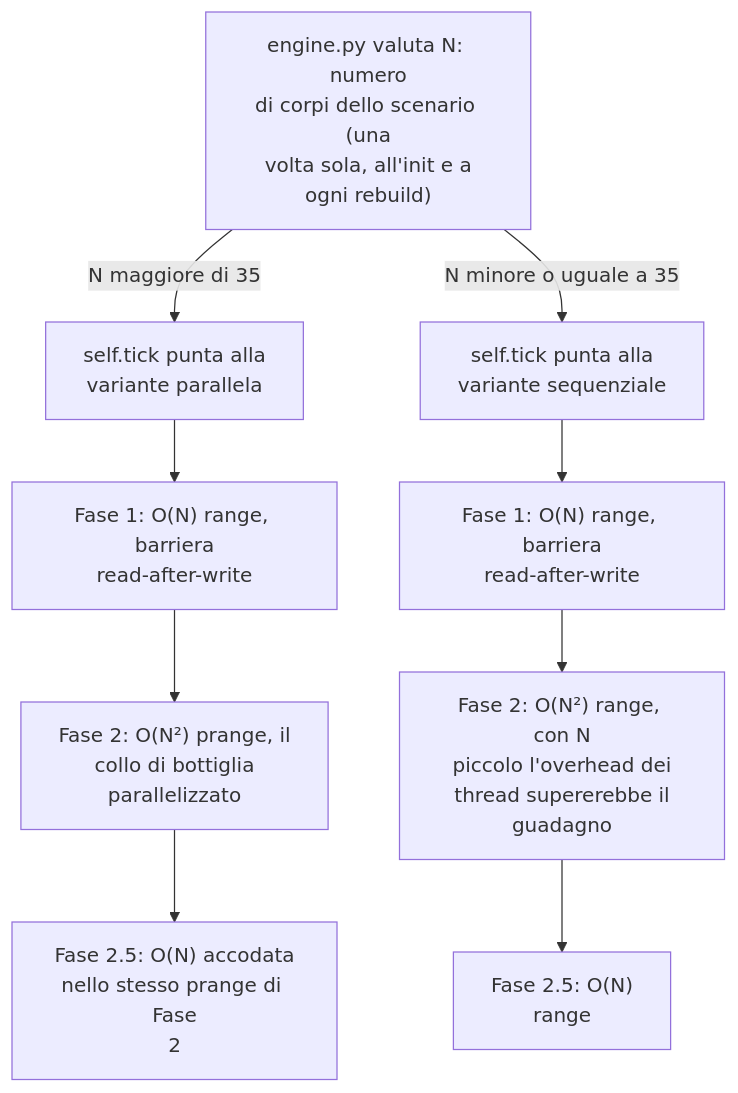
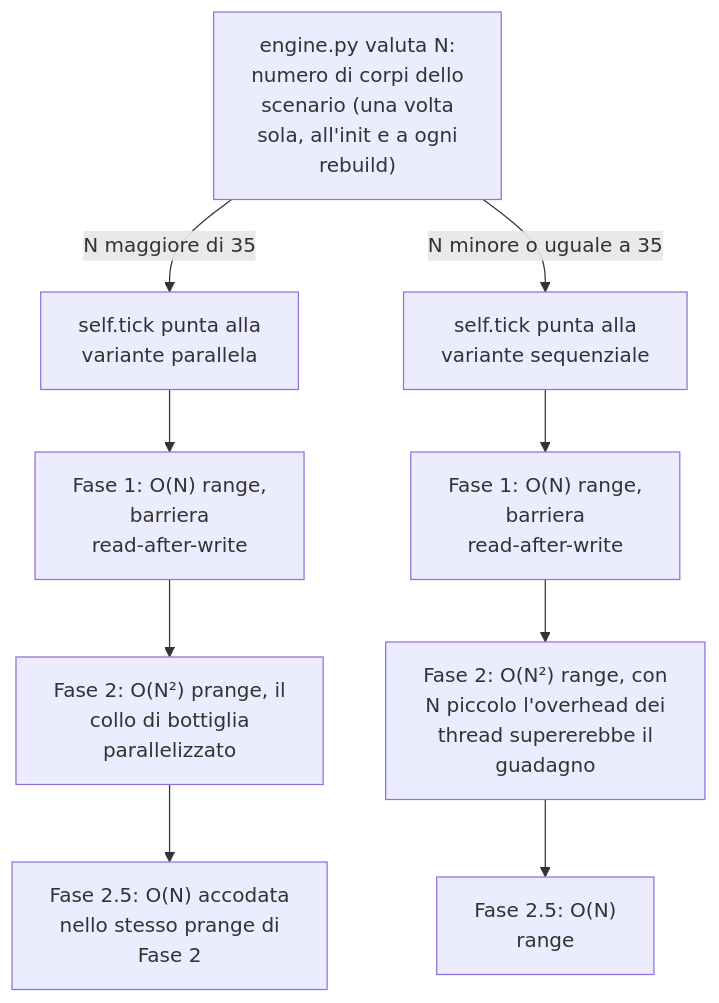
The first of 11 diagrams in ARCHITECTURE_DEEP_DIVE.it.md (alessandro-pioli/AstroCausal_Engine), drawn with Mermaid before and after one commit. The commit also changed other lines of this file and 2 other files, not shown here.

````diff
--- a/ARCHITECTURE_DEEP_DIVE.it.md
+++ b/ARCHITECTURE_DEEP_DIVE.it.md
@@ -98,10 +98,10 @@
 ```mermaid
 flowchart TD
-    N["engine.py valuta N: numero<br/>di corpi dello scenario (una<br/>volta sola, all'init e a<br/>ogni rebuild)"]
+    N["engine.py valuta N:<br/>numero di corpi dello<br/>scenario (una volta<br/>sola, all'init e a ogni<br/>rebuild)"]
     N -->|"N maggiore di 35"| T1["self.tick punta alla<br/>variante parallela"]
     N -->|"N minore o uguale a 35"| T2["self.tick punta alla<br/>variante sequenziale"]
 
-    T1 --> P1["Fase 1: O(N) range, barriera<br/>read-after-write"] --> P2["Fase 2: O(N²) prange, il<br/>collo di bottiglia<br/>parallelizzato"] --> P3["Fase 2.5: O(N) accodata<br/>nello stesso prange di Fase<br/>2"]
+    T1 --> P1["Fase 1: O(N) range,<br/>barriera<br/>read-after-write"] --> P2["Fase 2: O(N²) prange, il<br/>collo di bottiglia<br/>parallelizzato"] --> P3["Fase 2.5: O(N) accodata<br/>nello stesso prange di<br/>Fase 2"]
 
-    T2 --> S1["Fase 1: O(N) range, barriera<br/>read-after-write"] --> S2["Fase 2: O(N²) range, con N<br/>piccolo l'overhead dei<br/>thread supererebbe il<br/>guadagno"] --> S3["Fase 2.5: O(N)<br/>range"]
+    T2 --> S1["Fase 1: O(N) range,<br/>barriera<br/>read-after-write"] --> S2["Fase 2: O(N²) range, con<br/>N piccolo l'overhead dei<br/>thread supererebbe il<br/>guadagno"] --> S3["Fase 2.5: O(N)<br/>range"]
 ```
````
